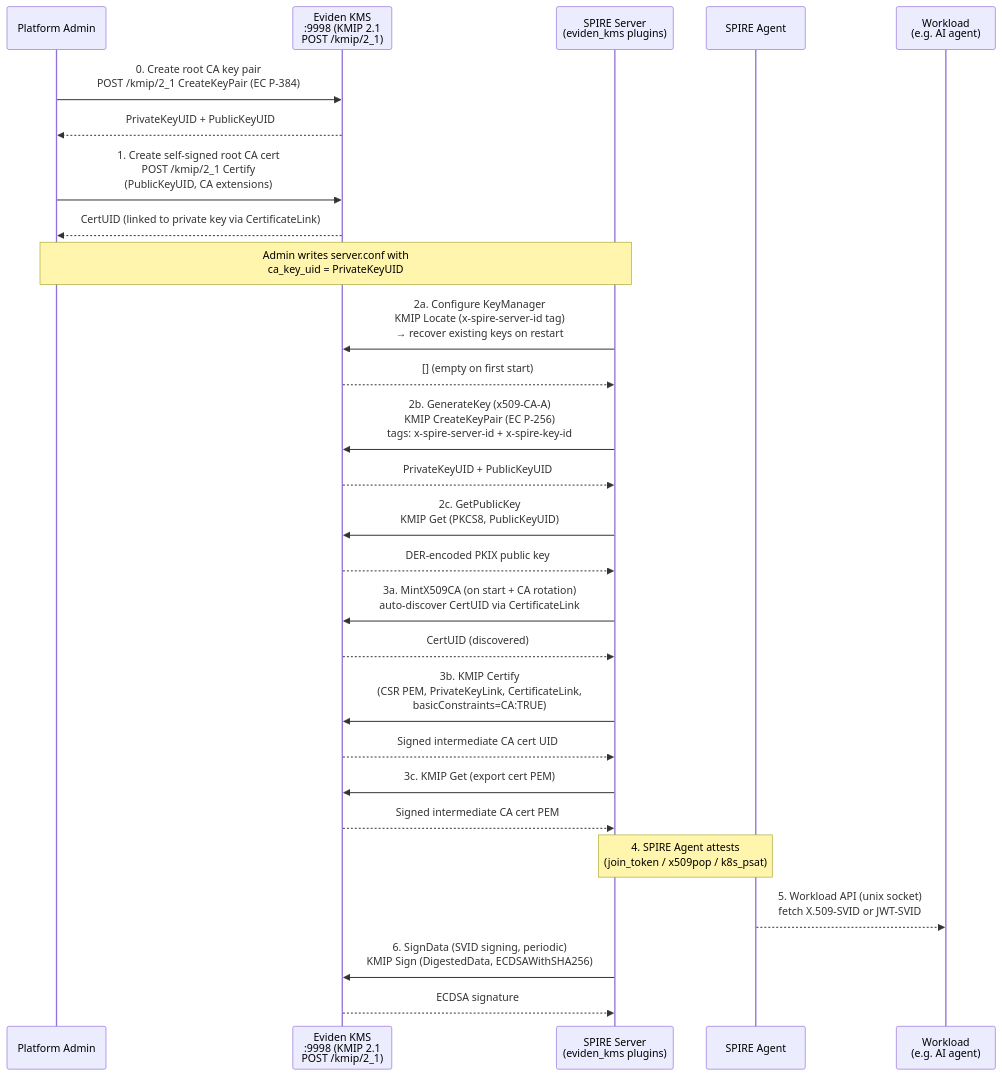
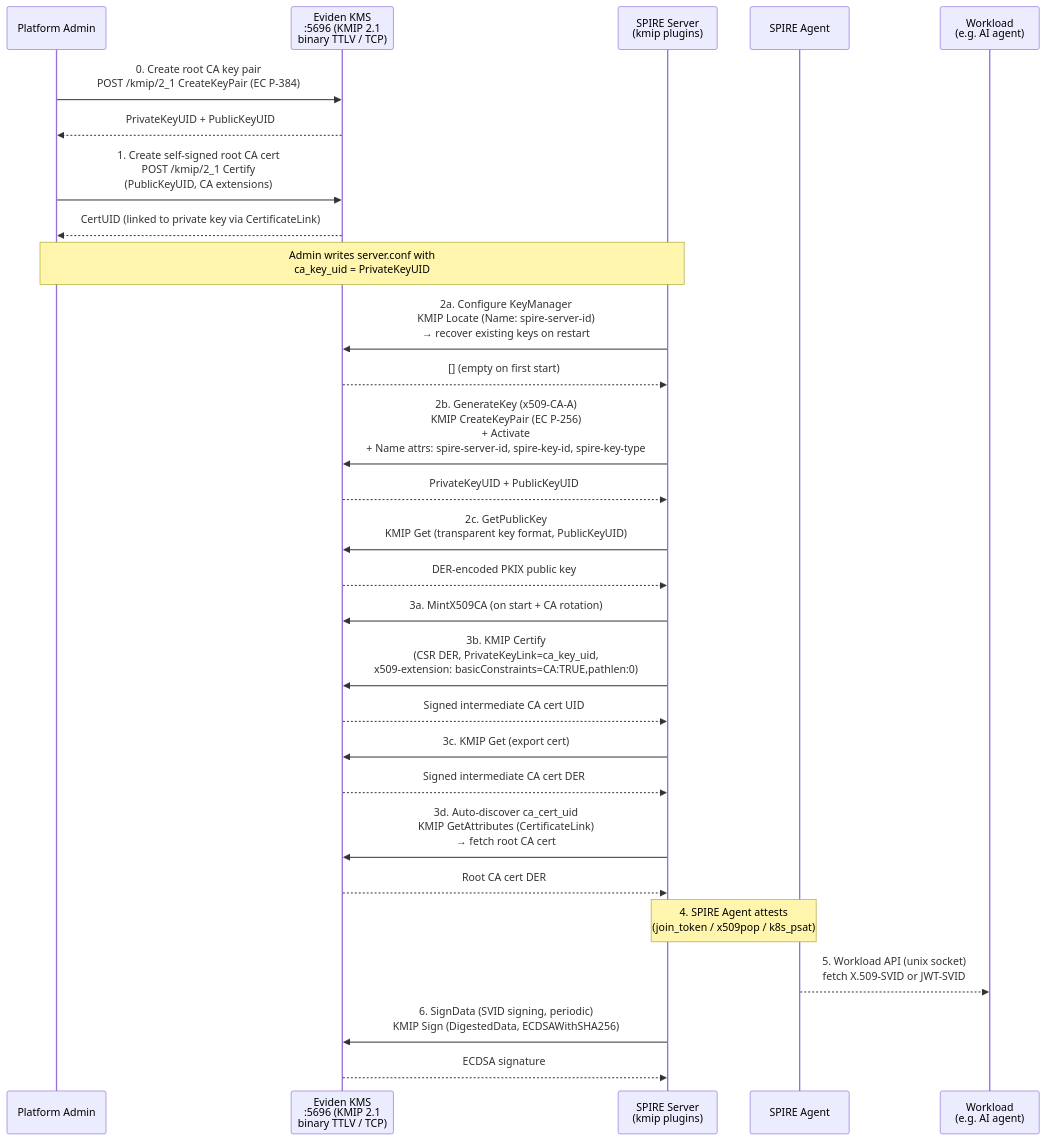
The first of 5 diagrams in documentation/docs/integrations/spire_spiffe_kmip_plugin.md (Cosmian/kms), drawn with Mermaid before and after one commit. The commit also changed other lines of this file and 2 other files, not shown here.

First line of the commit message:
test(spire): add e2e test for kmip plugins over binary KMIP TCP/TLS

````diff
--- a/documentation/docs/integrations/spire_spiffe_kmip_plugin.md
+++ b/documentation/docs/integrations/spire_spiffe_kmip_plugin.md
@@ -17,40 +23,41 @@
 ```mermaid
 sequenceDiagram
     participant Admin as Platform Admin
-    participant KMS as Eviden KMS<br/>:9998 (KMIP 2.1<br/>POST /kmip/2_1)
-    participant Server as SPIRE Server<br/>(eviden_kms plugins)
+    participant KMS as Eviden KMS<br/>:5696 (KMIP 2.1<br/>binary TTLV / TCP)
+    participant Server as SPIRE Server<br/>(kmip plugins)
     participant Agent as SPIRE Agent
     participant Workload as Workload<br/>(e.g. AI agent)
 
     Admin->>KMS: 0. Create root CA key pair<br/>POST /kmip/2_1 CreateKeyPair (EC P-384)
     KMS-->>Admin: PrivateKeyUID + PublicKeyUID
 
     Admin->>KMS: 1. Create self-signed root CA cert<br/>POST /kmip/2_1 Certify<br/>(PublicKeyUID, CA extensions)
     KMS-->>Admin: CertUID (linked to private key via CertificateLink)
 
     Note over Admin,Server: Admin writes server.conf with<br/>ca_key_uid = PrivateKeyUID
 
-    Server->>KMS: 2a. Configure KeyManager<br/>KMIP Locate (x-spire-server-id tag)<br/>→ recover existing keys on restart
+    Server->>KMS: 2a. Configure KeyManager<br/>KMIP Locate (Name: spire-server-id)<br/>→ recover existing keys on restart
     KMS-->>Server: [] (empty on first start)
 
-    Server->>KMS: 2b. GenerateKey (x509-CA-A)<br/>KMIP CreateKeyPair (EC P-256)<br/>tags: x-spire-server-id + x-spire-key-id
+    Server->>KMS: 2b. GenerateKey (x509-CA-A)<br/>KMIP CreateKeyPair (EC P-256)<br/>+ Activate<br/>+ Name attrs: spire-server-id, spire-key-id, spire-key-type
     KMS-->>Server: PrivateKeyUID + PublicKeyUID
 
-    Server->>KMS: 2c. GetPublicKey<br/>KMIP Get (PKCS8, PublicKeyUID)
+    Server->>KMS: 2c. GetPublicKey<br/>KMIP Get (transparent key format, PublicKeyUID)
     KMS-->>Server: DER-encoded PKIX public key
 
-    Server->>KMS: 3a. MintX509CA (on start + CA rotation)<br/>auto-discover CertUID via CertificateLink
-    KMS-->>Server: CertUID (discovered)
-
-    Server->>KMS: 3b. KMIP Certify<br/>(CSR PEM, PrivateKeyLink, CertificateLink,<br/>basicConstraints=CA:TRUE)
+    Server->>KMS: 3a. MintX509CA (on start + CA rotation)
+    Server->>KMS: 3b. KMIP Certify<br/>(CSR DER, PrivateKeyLink=ca_key_uid,<br/>x509-extension: basicConstraints=CA:TRUE,pathlen:0)
     KMS-->>Server: Signed intermediate CA cert UID
 
-    Server->>KMS: 3c. KMIP Get (export cert PEM)
-    KMS-->>Server: Signed intermediate CA cert PEM
+    Server->>KMS: 3c. KMIP Get (export cert)
+    KMS-->>Server: Signed intermediate CA cert DER
+
+    Server->>KMS: 3d. Auto-discover ca_cert_uid<br/>KMIP GetAttributes (CertificateLink)<br/>→ fetch root CA cert
+    KMS-->>Server: Root CA cert DER
 
     Note over Server,Agent: 4. SPIRE Agent attests<br/>(join_token / x509pop / k8s_psat)
     Agent-->>Workload: 5. Workload API (unix socket)<br/>fetch X.509-SVID or JWT-SVID
 
     Server->>KMS: 6. SignData (SVID signing, periodic)<br/>KMIP Sign (DigestedData, ECDSAWithSHA256)
     KMS-->>Server: ECDSA signature
 ```
````
